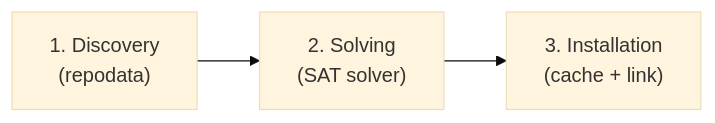
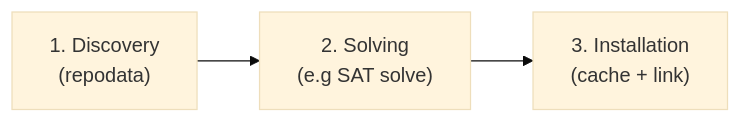
The diagram in book/src/ch01-what-is-a-package-manager.md (prefix-dev/rattler-book), drawn with Mermaid (base theme) before and after one commit. The commit also changed other lines of this file and 20 other files, not shown here.

````diff
--- a/book/src/ch01-what-is-a-package-manager.md
+++ b/book/src/ch01-what-is-a-package-manager.md
@@ -41,4 +42,4 @@
 ```mermaid
 graph LR
-    A["1. Discovery\n(repodata)"] --> B["2. Solving\n(SAT solver)"] --> C["3. Installation\n(cache + link)"]
+    A["1. Discovery\n(repodata)"] --> B["2. Solving\n(e.g SAT solve)"] --> C["3. Installation\n(cache + link)"]
 ```
````
